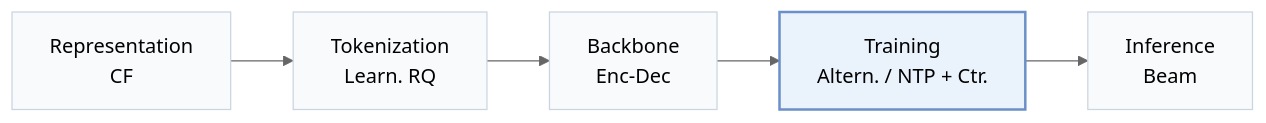
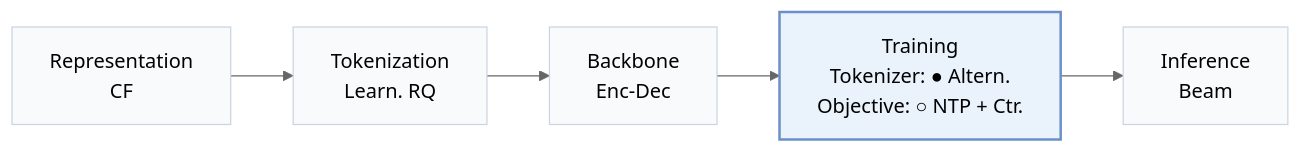
The first of 4 diagrams in pages/papers/etegrec.md (Galaxy-ghost/Awesome-SID-Generative-Rec), drawn with Mermaid (neutral theme) before and after one commit. The commit also changed other lines of this file and 558 other files, not shown here.

````diff
--- a/pages/papers/etegrec.md
+++ b/pages/papers/etegrec.md
@@ -15,8 +19,8 @@
 ```mermaid
 flowchart LR
-    R["Representation<br/>CF"] --> T["Tokenization<br/>Learn. RQ"] --> B["Backbone<br/>Enc-Dec"] --> TR["Training<br/>Altern. / NTP + Ctr."] --> I["Inference<br/>Beam"]
+    R["Representation<br/>CF"] --> T["Tokenization<br/>Learn. RQ"] --> B["Backbone<br/>Enc-Dec"] --> TR["Training<br/>Tokenizer: ● Altern.<br/>Objective: ○ NTP + Ctr."] --> I["Inference<br/>Beam"]
     classDef base fill:#f8fafc,stroke:#cbd5e1
     class R,T,B,TR,I base
     classDef main fill:#eaf2fb,stroke:#6b8fc7,stroke-width:2px
     class TR main
 ```
````
